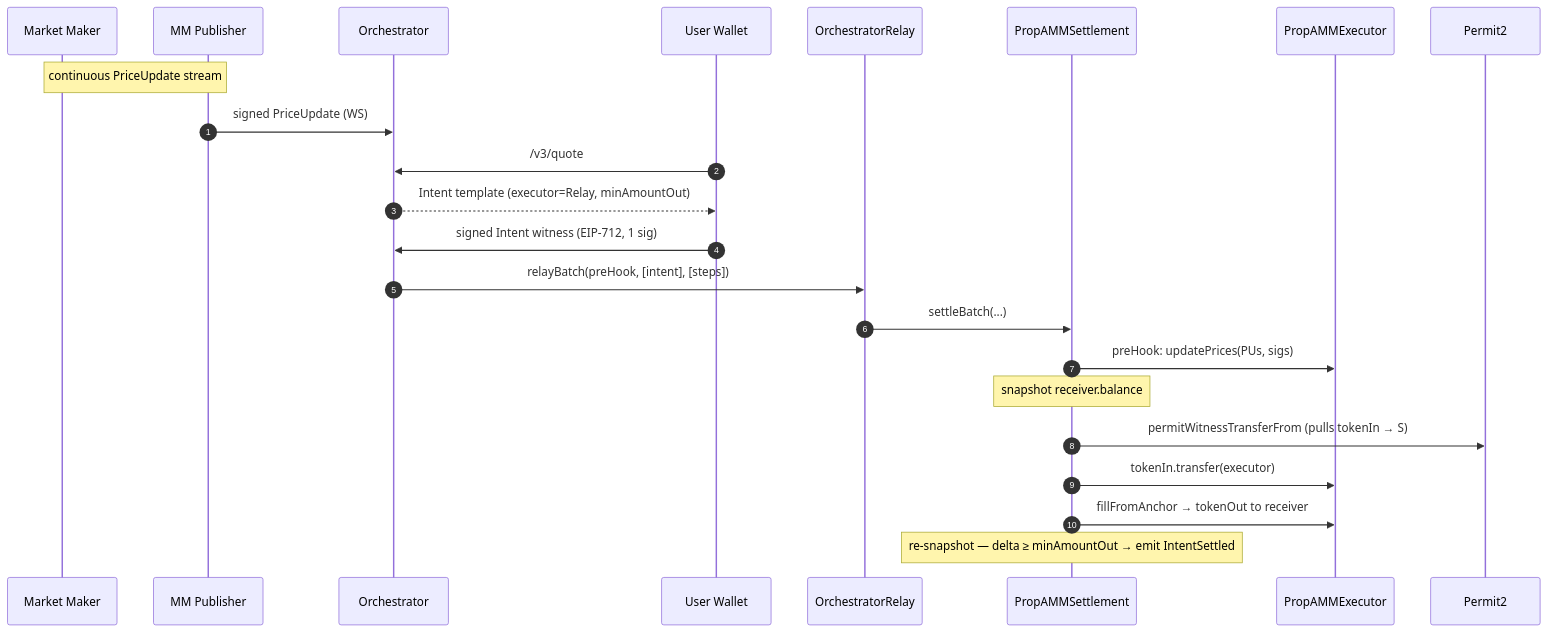
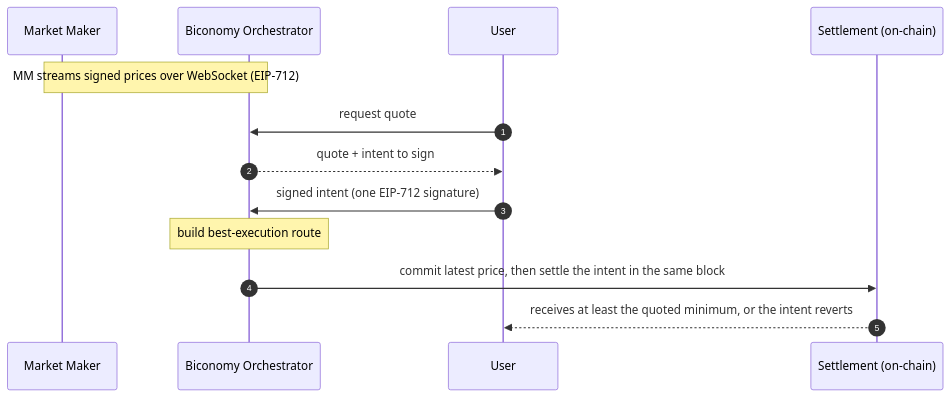
The diagram in docs/propamm-on-base.md (bcnmy/propamm-base), drawn with Mermaid before and after one commit. The commit also changed other lines of this file and 4 other files, not shown here.

````diff
--- a/docs/propamm-on-base.md
+++ b/docs/propamm-on-base.md
@@ -104,26 +63,16 @@
 ```mermaid
 sequenceDiagram
     autonumber
     participant MM as Market Maker
-    participant Pub as MM Publisher
-    participant Orch as Orchestrator
-    participant U as User Wallet
-    participant Relay as OrchestratorRelay
-    participant S as PropAMMSettlement
-    participant Exec as PropAMMExecutor
-    participant P as Permit2
+    participant O as Biconomy Orchestrator
+    participant U as User
+    participant S as Settlement (on-chain)
 
-    Note over MM,Pub: continuous PriceUpdate stream
-    Pub->>Orch: signed PriceUpdate (WS)
-    U->>Orch: /v3/quote
-    Orch-->>U: Intent template (executor=Relay, minAmountOut)
-    U->>Orch: signed Intent witness (EIP-712, 1 sig)
-    Orch->>Relay: relayBatch(preHook, [intent], [steps])
-    Relay->>S: settleBatch(...)
-    S->>Exec: preHook: updatePrices(PUs, sigs)
-    Note over S: snapshot receiver.balance
-    S->>P: permitWitnessTransferFrom (pulls tokenIn → S)
-    S->>Exec: tokenIn.transfer(executor)
-    S->>Exec: fillFromAnchor → tokenOut to receiver
-    Note over S: re-snapshot — delta ≥ minAmountOut → emit IntentSettled
+    Note over MM,O: MM streams signed prices over WebSocket (EIP-712)
+    U->>O: request quote
+    O-->>U: quote + intent to sign
+    U->>O: signed intent (one EIP-712 signature)
+    Note over O: build best-execution route
+    O->>S: commit latest price, then settle the intent in the same block
+    S-->>U: receives at least the quoted minimum, or the intent reverts
 ```
````
